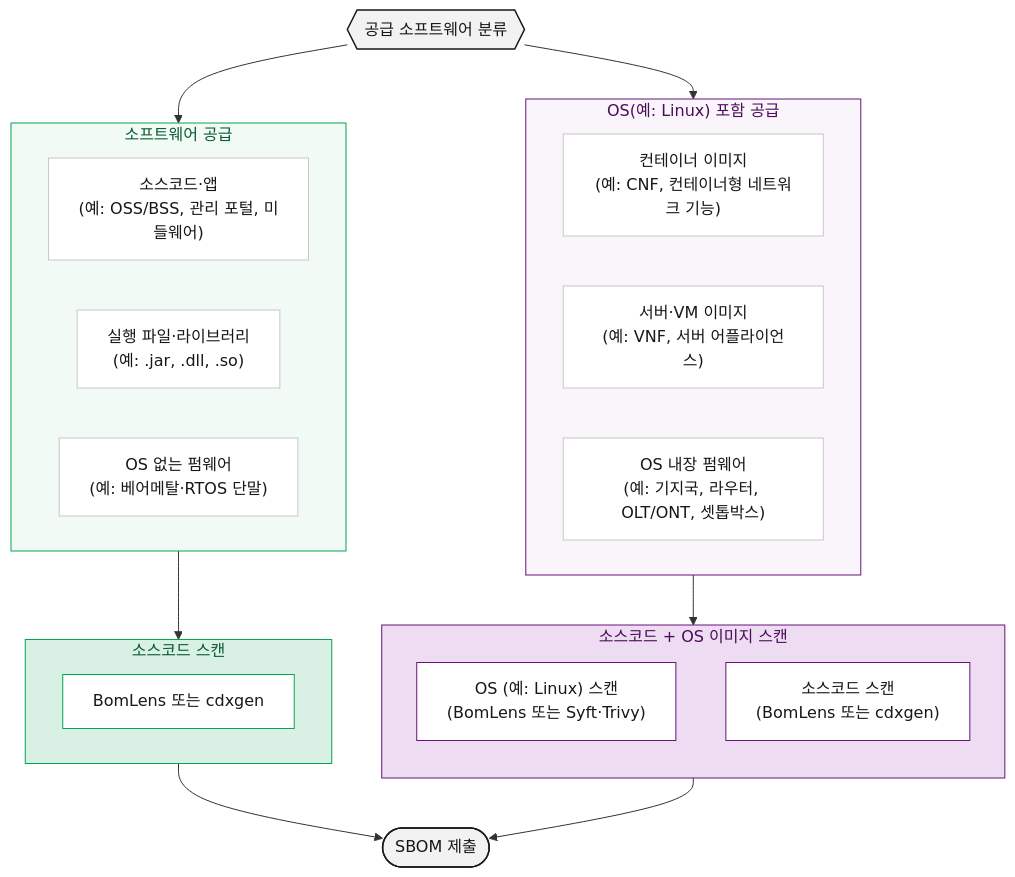
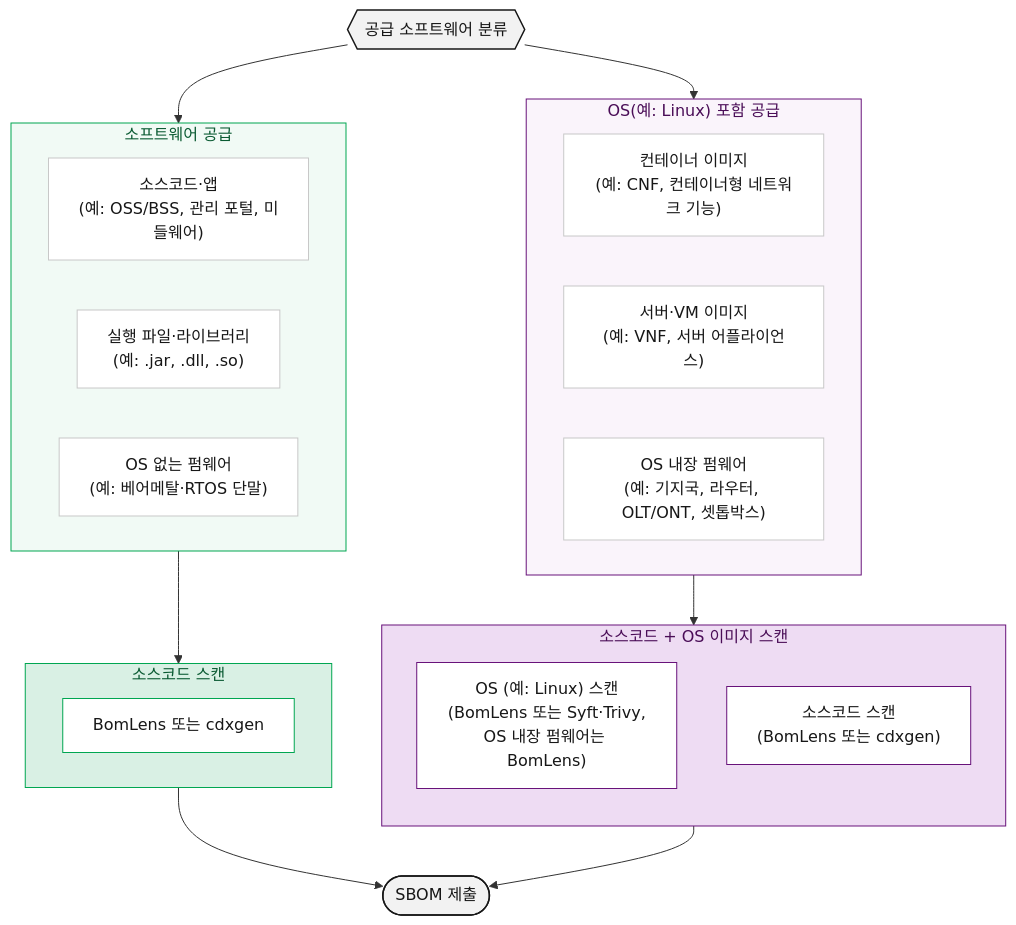
One commit to sktelecom/sktelecom.github.io changed the diagram in content/ko/guide/supply-chain/for-suppliers/creation-guide/_index.md. Above: the diagram before and after it, drawn with Mermaid. The commit also changed other lines of this file and 1 other file, not shown here.

First line of the commit message:
docs(supply-chain): guide the OS layer of embedded-OS firmware to BomLens --firmware

````diff
--- a/content/ko/guide/supply-chain/for-suppliers/creation-guide/_index.md
+++ b/content/ko/guide/supply-chain/for-suppliers/creation-guide/_index.md
@@ -16,63 +16,63 @@
 ```mermaid
 graph TD
     A{{"공급 소프트웨어 분류"}}
 
     subgraph G1["소프트웨어 공급"]
       direction LR
       T1["소스코드·앱<br>(예: OSS/BSS, 관리 포털, 미들웨어)"]
       T2["실행 파일·라이브러리<br>(예: .jar, .dll, .so)"]
       T3["OS 없는 펌웨어<br>(예: 베어메탈·RTOS 단말)"]
     end
 
     subgraph G2["OS(예: Linux) 포함 공급"]
       direction LR
       T4["컨테이너 이미지<br>(예: CNF, 컨테이너형 네트워크 기능)"]
       T5["서버·VM 이미지<br>(예: VNF, 서버 어플라이언스)"]
       T6["OS 내장 펌웨어<br>(예: 기지국, 라우터, OLT/ONT, 셋톱박스)"]
     end
 
     %% 좌측: 소스코드 스캔 서브 박스 구조
     subgraph M1["소스코드 스캔"]
       M1_Sub["BomLens 또는 cdxgen"]
     end
 
     %% 우측: 소스코드 + OS 이미지 스캔 서브 박스 구조 (세로 배치)
     subgraph M2["소스코드 + OS 이미지 스캔"]
       direction TB
-      M2_Top["OS (예: Linux) 스캔<br>(BomLens 또는 Syft·Trivy)"]
+      M2_Top["OS (예: Linux) 스캔<br>(BomLens 또는 Syft·Trivy,<br>OS 내장 펌웨어는 BomLens)"]
       M2_Bottom["소스코드 스캔<br>(BomLens 또는 cdxgen)"]
     end
 
     A --> G1
     A --> G2
     
     %% 그룹 박스 경계로만 연결 (박스당 화살표 1개)
     G1 --> M1
     G2 --> M2
     
     %% 그룹 박스에서 다음 단계로 연결
     M1 --> P(["SBOM 제출"])
     M2 --> P
 
     classDef start fill:#F2F2F2,stroke:#171717,color:#171717,stroke-width:1.5px
     classDef typebox fill:#ffffff,stroke:#c8c8c8,color:#171717,stroke-width:1px
     classDef submit fill:#F2F2F2,stroke:#171717,color:#171717,stroke-width:1.5px
     
     %% 내부 단일 박스용 흰색 스타일 정의 (좌/우 테두리 색상 구분)
     classDef subwhite_left fill:#ffffff,stroke:#00A651,color:#171717,stroke-width:1px
     classDef subwhite_right fill:#ffffff,stroke:#68127A,color:#171717,stroke-width:1px
 
     class A start
     class T1,T2,T3,T4,T5,T6 typebox
     class M1_Sub subwhite_left
     class M2_Top,M2_Bottom subwhite_right
     class P submit
 
     style G1 fill:#F1FAF5,stroke:#00A651,stroke-width:1px,color:#0A5A32
     style G2 fill:#FAF4FB,stroke:#68127A,stroke-width:1px,color:#4A0D57
     
     %% 외곽 박스 스타일 (배경색 및 테두리 유지)
     style M1 fill:#D9F0E4,stroke:#00A651,stroke-width:1px,color:#0A5A32
     style M2 fill:#EEDCF3,stroke:#68127A,stroke-width:1px,color:#4A0D57
 
 ```
````
